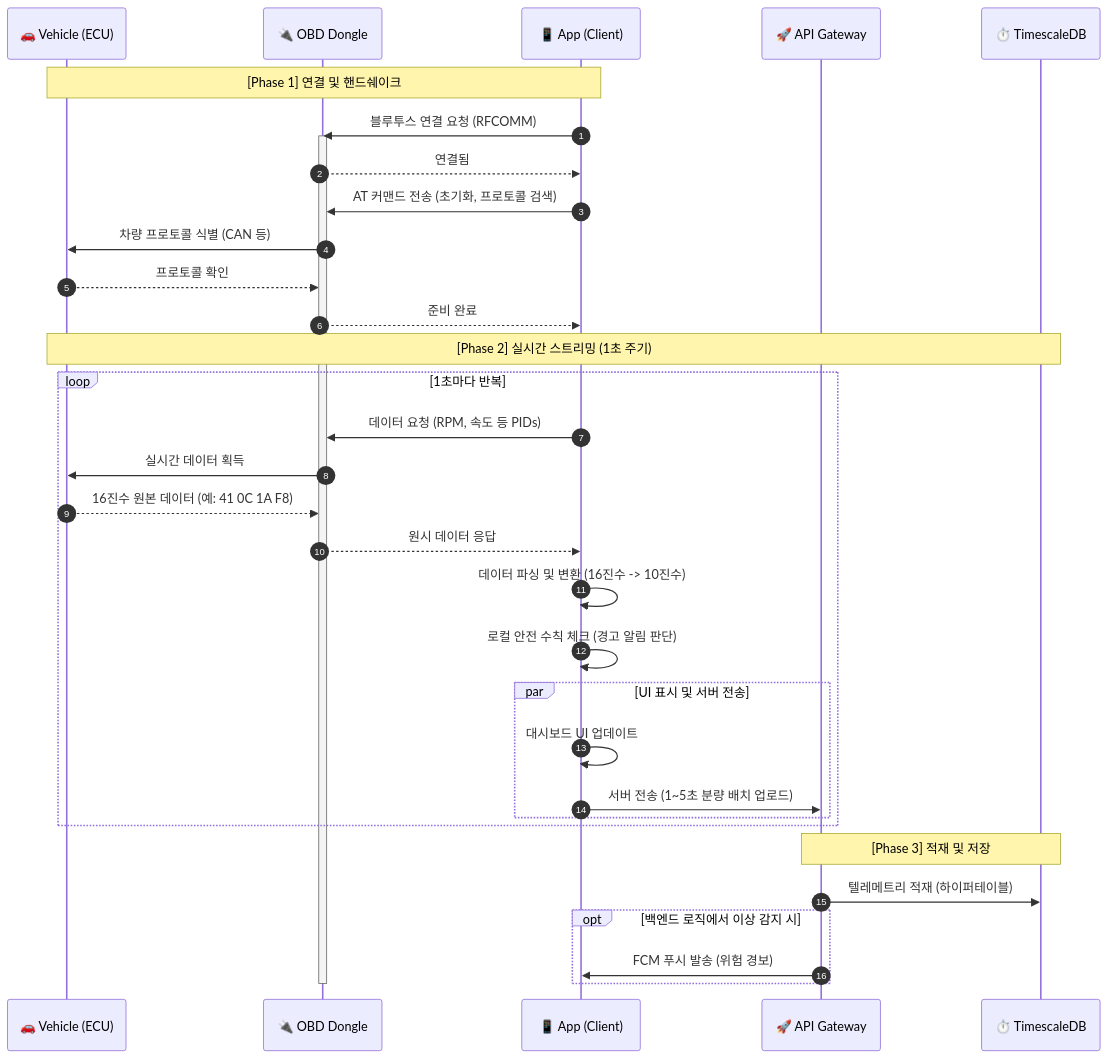
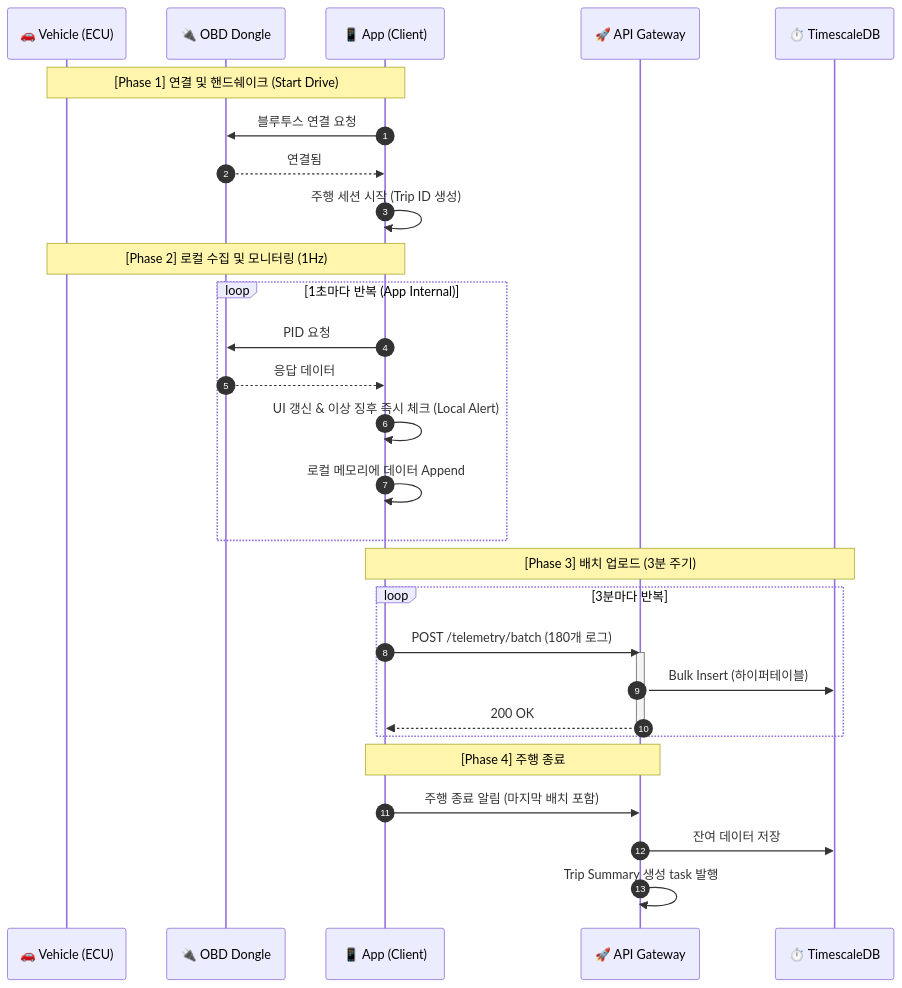
One commit to leejunhyuk1061204/AI-5-main-project changed the second of 5 diagrams in Docs/시스템_아키텍처_및_데이터_흐름.md. Above: the diagram before and after it, drawn with Mermaid. The commit also changed other lines of this file and 4 other files, not shown here.

````diff
--- a/Docs/시스템_아키텍처_및_데이터_흐름.md
+++ b/Docs/시스템_아키텍처_및_데이터_흐름.md
@@ -137,42 +132,36 @@
 ```mermaid
 sequenceDiagram
     autonumber
     participant Car as 🚗 Vehicle (ECU)
     participant OBD as 🔌 OBD Dongle
     participant App as 📱 App (Client)
     participant API as 🚀 API Gateway
     participant TSDB as ⏱️ TimescaleDB
 
-    Note over Car, App: [Phase 1] 연결 및 핸드쉐이크
-    App->>OBD: 블루투스 연결 요청 (RFCOMM)
-    activate OBD
+    Note over Car, App: [Phase 1] 연결 및 핸드쉐이크 (Start Drive)
+    App->>OBD: 블루투스 연결 요청
     OBD-->>App: 연결됨
-    App->>OBD: AT 커맨드 전송 (초기화, 프로토콜 검색)
-    OBD->>Car: 차량 프로토콜 식별 (CAN 등)
-    Car-->>OBD: 프로토콜 확인
-    OBD-->>App: 준비 완료
+    App->>App: 주행 세션 시작 (Trip ID 생성)
 
-    Note over Car, TSDB: [Phase 2] 실시간 스트리밍 (1초 주기)
-    loop 1초마다 반복
-        App->>OBD: 데이터 요청 (RPM, 속도 등 PIDs)
-        OBD->>Car: 실시간 데이터 획득
-        Car-->>OBD: 16진수 원본 데이터 (예: 41 0C 1A F8)
-        OBD-->>App: 원시 데이터 응답
-        
-        App->>App: 데이터 파싱 및 변환 (16진수 -> 10진수)
-        App->>App: 로컬 안전 수칙 체크 (경고 알림 판단)
-        
-        par UI 표시 및 서버 전송
-            App->>App: 대시보드 UI 업데이트
-            App->>API: 서버 전송 (1~5초 분량 배치 업로드)
-        end
+    Note over Car, App: [Phase 2] 로컬 수집 및 모니터링 (1Hz)
+    loop 1초마다 반복 (App Internal)
+        App->>OBD: PID 요청
+        OBD-->>App: 응답 데이터
+        App->>App: UI 갱신 & 이상 징후 즉시 체크 (Local Alert)
+        App->>App: 로컬 메모리에 데이터 Append
     end
 
-    Note over API, TSDB: [Phase 3] 적재 및 저장
-    API->>TSDB: 텔레메트리 적재 (하이퍼테이블)
-    
-    opt 백엔드 로직에서 이상 감지 시
-        API->>App: FCM 푸시 발송 (위험 경보)
+    Note over App, TSDB: [Phase 3] 배치 업로드 (3분 주기)
+    loop 3분마다 반복
+        App->>API: POST /telemetry/batch (180개 로그)
+        activate API
+        API->>TSDB: Bulk Insert (하이퍼테이블)
+        API-->>App: 200 OK
+        deactivate API
     end
-    deactivate OBD
+
+    Note over App, API: [Phase 4] 주행 종료
+    App->>API: 주행 종료 알림 (마지막 배치 포함)
+    API->>TSDB: 잔여 데이터 저장
+    API->>API: Trip Summary 생성 task 발행
 ```
````
